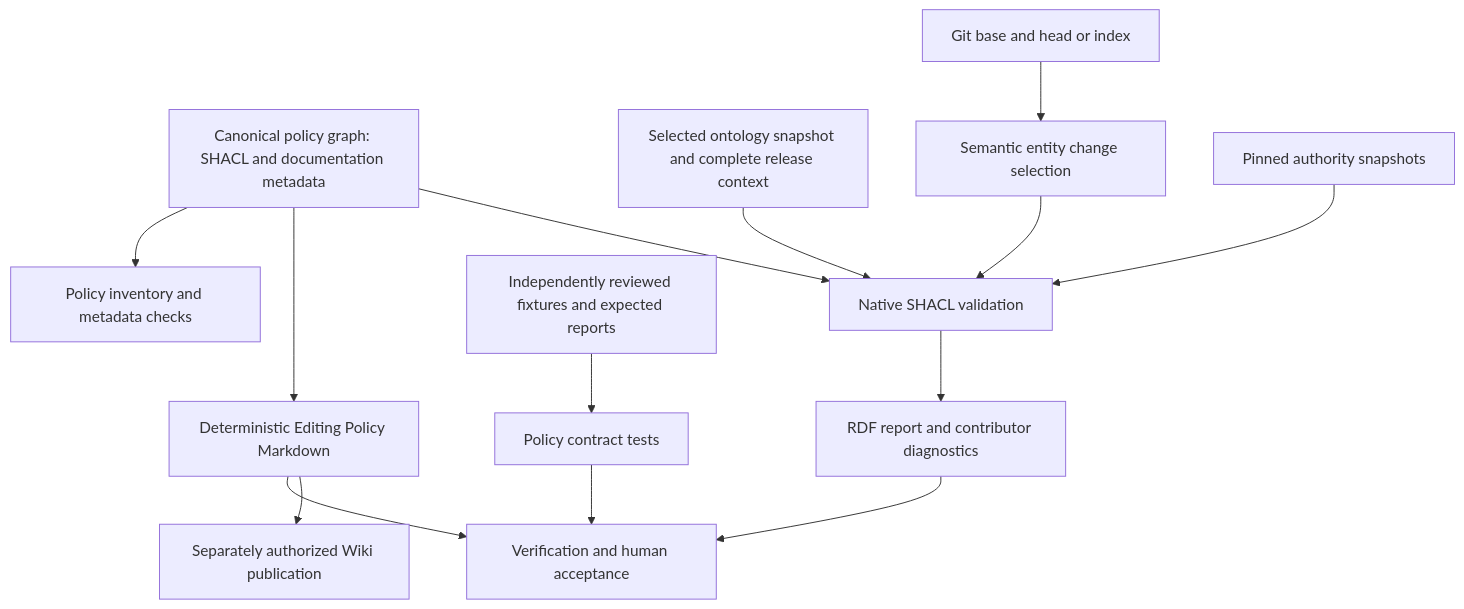
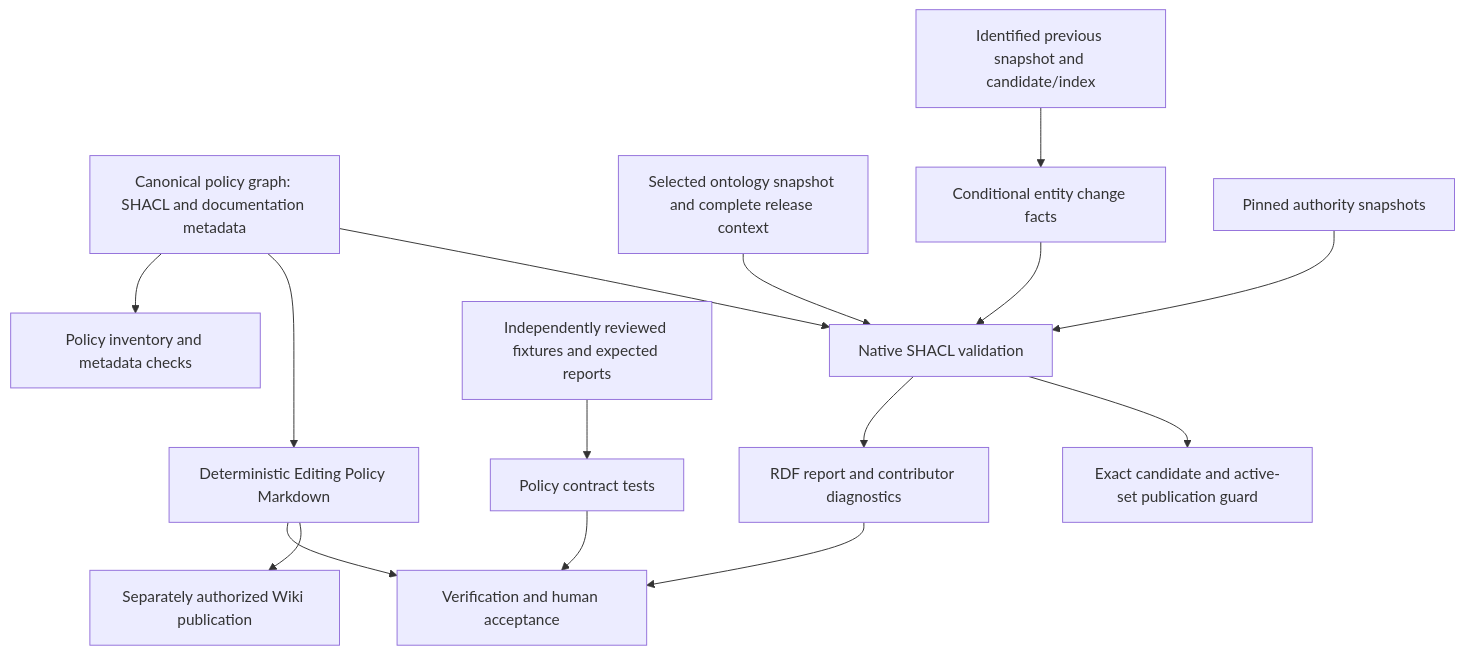
Before and after one commit to Hadden-Industries/universal-ontology: the diagram in docs/specs/2026-09-09-shacl-policy-source-of-truth-dossier.md, drawn with Mermaid. The commit also changed other lines of this file and 3 other files, not shown here.

````diff
--- a/docs/specs/2026-09-09-shacl-policy-source-of-truth-dossier.md
+++ b/docs/specs/2026-09-09-shacl-policy-source-of-truth-dossier.md
@@ -369,16 +386,17 @@
 ```mermaid
 flowchart TD
   P[Canonical policy graph: SHACL and documentation metadata] --> V[Native SHACL validation]
   P --> D[Deterministic Editing Policy Markdown]
   P --> C[Policy inventory and metadata checks]
   G[Selected ontology snapshot and complete release context] --> V
-  H[Git base and head or index] --> E[Semantic entity change selection]
+  H[Identified previous snapshot and candidate/index] --> E[Conditional entity change facts]
   E --> V
+  V --> B[Exact candidate and active-set publication guard]
   A[Pinned authority snapshots] --> V
   F[Independently reviewed fixtures and expected reports] --> T[Policy contract tests]
   V --> R[RDF report and contributor diagnostics]
   D --> W[Separately authorized Wiki publication]
   T --> Q[Verification and human acceptance]
   R --> Q
   D --> Q
 ```
````
